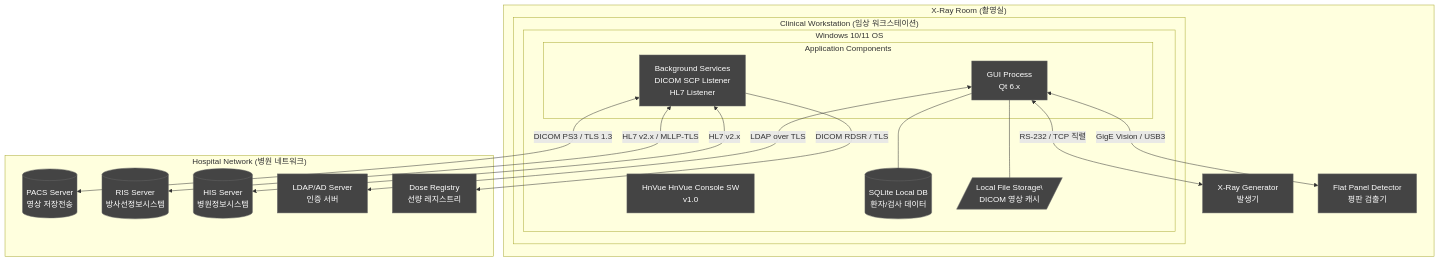
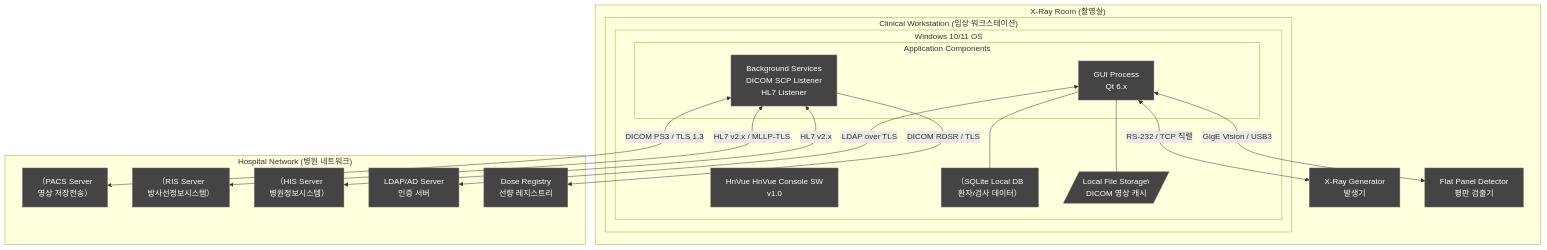
One commit to holee9/console-gui changed the fifth of 14 diagrams in docs/planning/DOC-006_SAD_v1.0.md. Above: the diagram before and after it, drawn with Mermaid. The commit also changed other lines of this file and 22 other files, not shown here.

First line of the commit message:
fix: Mermaid flowchart 노드 내 괄호 파싱 오류 전면 수정

````diff
--- a/docs/planning/DOC-006_SAD_v1.0.md
+++ b/docs/planning/DOC-006_SAD_v1.0.md
@@ -331,38 +331,38 @@
 ```mermaid
 graph TB
     subgraph "X-Ray Room (촬영실)"
         subgraph "Clinical Workstation (임상 워크스테이션)"
             subgraph "Windows 10/11 OS"
                 APP[HnVue HnVue Console SW<br/>v1.0]
                 subgraph "Application Components"
                     APP_GUI[GUI Process<br/>Qt 6.x]
                     APP_SVC[Background Services<br/>DICOM SCP Listener<br/>HL7 Listener]
                 end
-                DB[(SQLite Local DB<br/>환자/검사 데이터)]
+                DB[（SQLite Local DB<br/>환자/검사 데이터）]
                 FS[/Local File Storage\<br/>DICOM 영상 캐시/]
             end
         end
 
         GEN[X-Ray Generator<br/>발생기]
         DET[Flat Panel Detector<br/>평판 검출기]
     end
 
     subgraph "Hospital Network (병원 네트워크)"
-        PACS[(PACS Server<br/>영상 저장전송)]
-        RIS[(RIS Server<br/>방사선정보시스템)]
-        HIS[(HIS Server<br/>병원정보시스템)]
+        PACS[（PACS Server<br/>영상 저장전송）]
+        RIS[（RIS Server<br/>방사선정보시스템）]
+        HIS[（HIS Server<br/>병원정보시스템）]
         LDAP_SRV[LDAP/AD Server<br/>인증 서버]
         DOSE_REG[Dose Registry<br/>선량 레지스트리]
     end
 
     APP_GUI <-->|RS-232 / TCP 직렬| GEN
     APP_GUI <-->|GigE Vision / USB3| DET
     APP_GUI --- DB
     APP_GUI --- FS
     APP_SVC <-->|DICOM PS3 / TLS 1.3| PACS
     APP_SVC <-->|HL7 v2.x / MLLP-TLS| RIS
     APP_SVC <-->|HL7 v2.x| HIS
     APP_GUI <-->|LDAP over TLS| LDAP_SRV
     APP_SVC -->|DICOM RDSR / TLS| DOSE_REG
     classDef default fill:#444,stroke:#666,color:#fff
 ```
````
